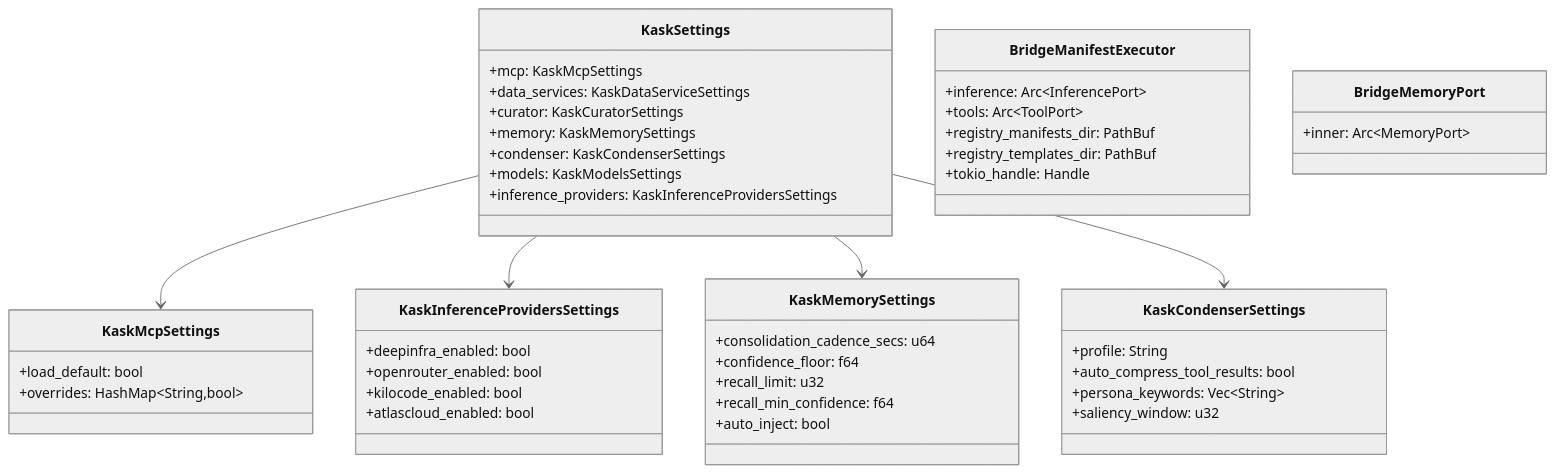
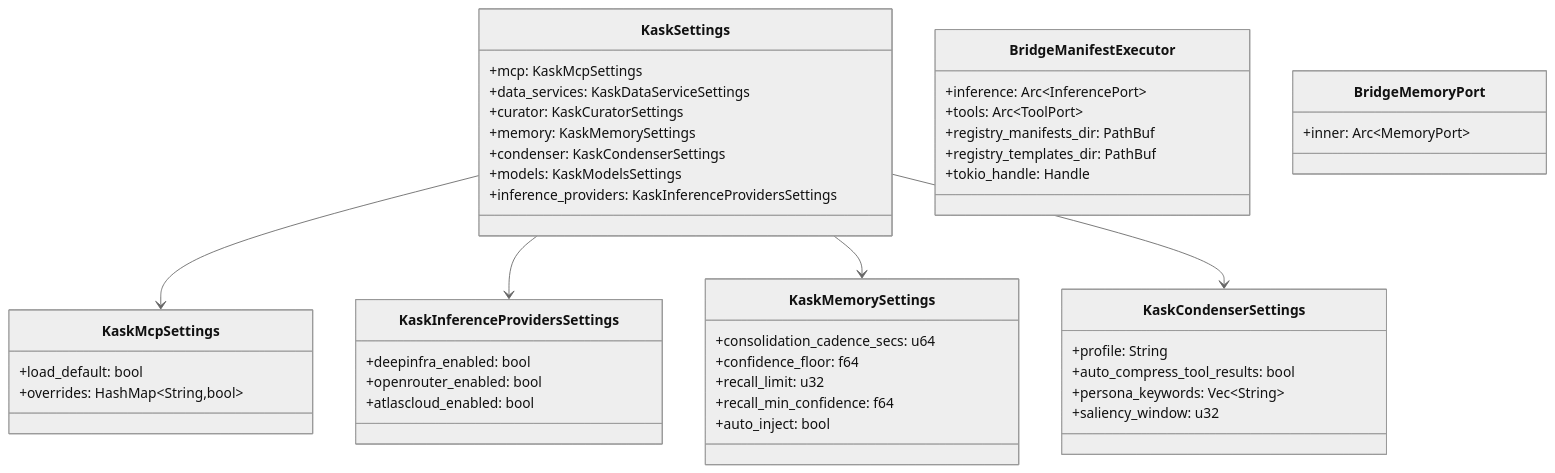
One commit to mdz-axo/zed-kask changed the diagram in kask/docs/diataxis/kask_bridge/reference.md. Above: the diagram before and after it, drawn with Mermaid (neutral theme). The commit also changed 39 other files, not shown here.

````diff
--- a/kask/docs/diataxis/kask_bridge/reference.md
+++ b/kask/docs/diataxis/kask_bridge/reference.md
@@ -51,50 +51,49 @@
 ```mermaid
 classDiagram
     class KaskSettings {
         +mcp: KaskMcpSettings
         +data_services: KaskDataServiceSettings
         +curator: KaskCuratorSettings
         +memory: KaskMemorySettings
         +condenser: KaskCondenserSettings
         +models: KaskModelsSettings
         +inference_providers: KaskInferenceProvidersSettings
     }
     class KaskMcpSettings {
         +load_default: bool
         +overrides: HashMap~String,bool~
     }
     class KaskInferenceProvidersSettings {
         +deepinfra_enabled: bool
         +openrouter_enabled: bool
-        +kilocode_enabled: bool
         +atlascloud_enabled: bool
     }
     class KaskMemorySettings {
         +consolidation_cadence_secs: u64
         +confidence_floor: f64
         +recall_limit: u32
         +recall_min_confidence: f64
         +auto_inject: bool
     }
     class KaskCondenserSettings {
         +profile: String
         +auto_compress_tool_results: bool
         +persona_keywords: Vec~String~
         +saliency_window: u32
     }
     class BridgeManifestExecutor {
         +inference: Arc~InferencePort~
         +tools: Arc~ToolPort~
         +registry_manifests_dir: PathBuf
         +registry_templates_dir: PathBuf
         +tokio_handle: Handle
     }
     class BridgeMemoryPort {
         +inner: Arc~MemoryPort~
     }
 
     KaskSettings --> KaskMcpSettings
     KaskSettings --> KaskInferenceProvidersSettings
     KaskSettings --> KaskMemorySettings
     KaskSettings --> KaskCondenserSettings
 ```
````
